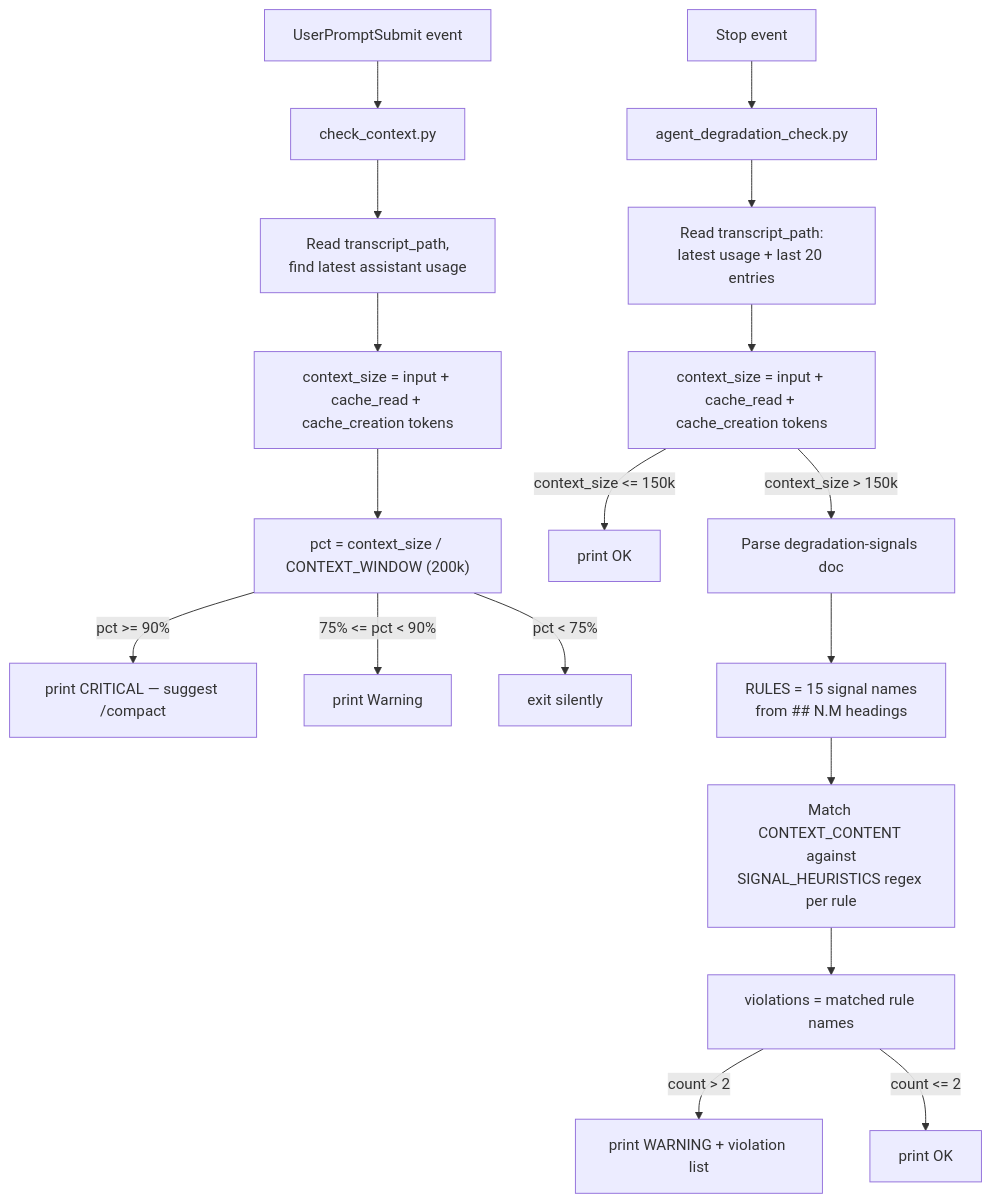
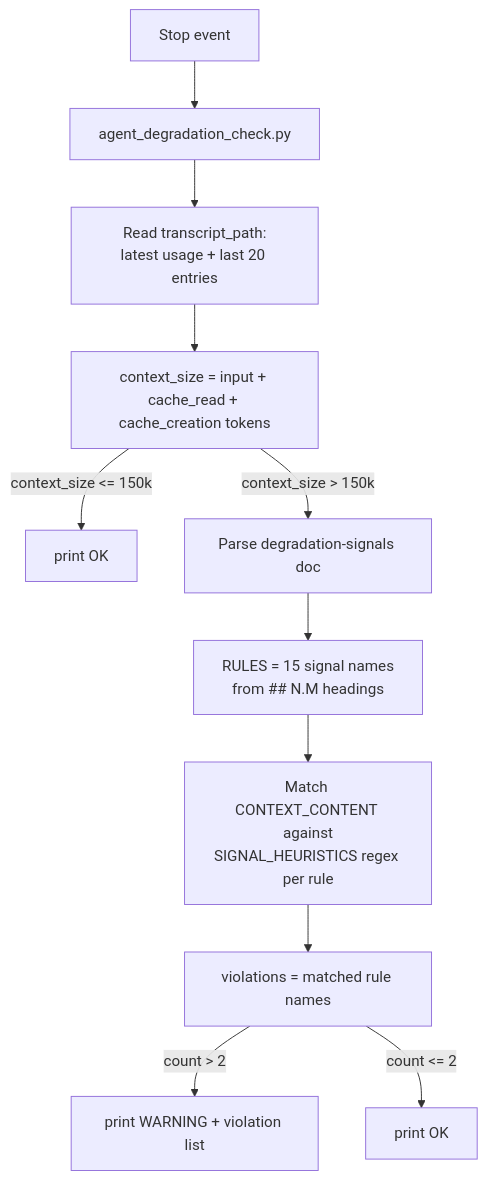
The diagram in dumb-zone-40/README.md (cieyhomelab/hooks), drawn with Mermaid before and after one commit. The commit also changed other lines of this file and 3 other files, not shown here.

Commit message:
Split check_context.py into its own context-window-check folder, decoupled from dumb-zone-40 in docs

````diff
--- a/dumb-zone-40/README.md
+++ b/dumb-zone-40/README.md
@@ -62,22 +48,14 @@
 ```mermaid
 flowchart TD
-    UPS[UserPromptSubmit event] --> CC[check_context.py]
     STOP[Stop event] --> ADC[agent_degradation_check.py]
-
-    CC --> T1[Read transcript_path,\nfind latest assistant usage]
-    T1 --> CS1["context_size = input + cache_read + cache_creation tokens"]
-    CS1 --> PCT["pct = context_size / CONTEXT_WINDOW (200k)"]
-    PCT -->|pct >= 90%| CRIT["print CRITICAL — suggest /compact"]
-    PCT -->|75% <= pct < 90%| WARN1["print Warning"]
-    PCT -->|pct < 75%| SILENT[exit silently]
 
     ADC --> T2["Read transcript_path:\nlatest usage + last 20 entries"]
     T2 --> CS2["context_size = input + cache_read + cache_creation tokens"]
     CS2 -->|context_size <= 150k| OK1["print OK"]
     CS2 -->|context_size > 150k| DOC[Parse degradation-signals doc]
     DOC --> RULES["RULES = 15 signal names\nfrom ## N.M headings"]
     RULES --> EVAL["Match CONTEXT_CONTENT against\nSIGNAL_HEURISTICS regex per rule"]
     EVAL --> COUNT[violations = matched rule names]
     COUNT -->|"count > 2"| WARN2["print WARNING + violation list"]
     COUNT -->|"count <= 2"| OK2["print OK"]
 ```
````
